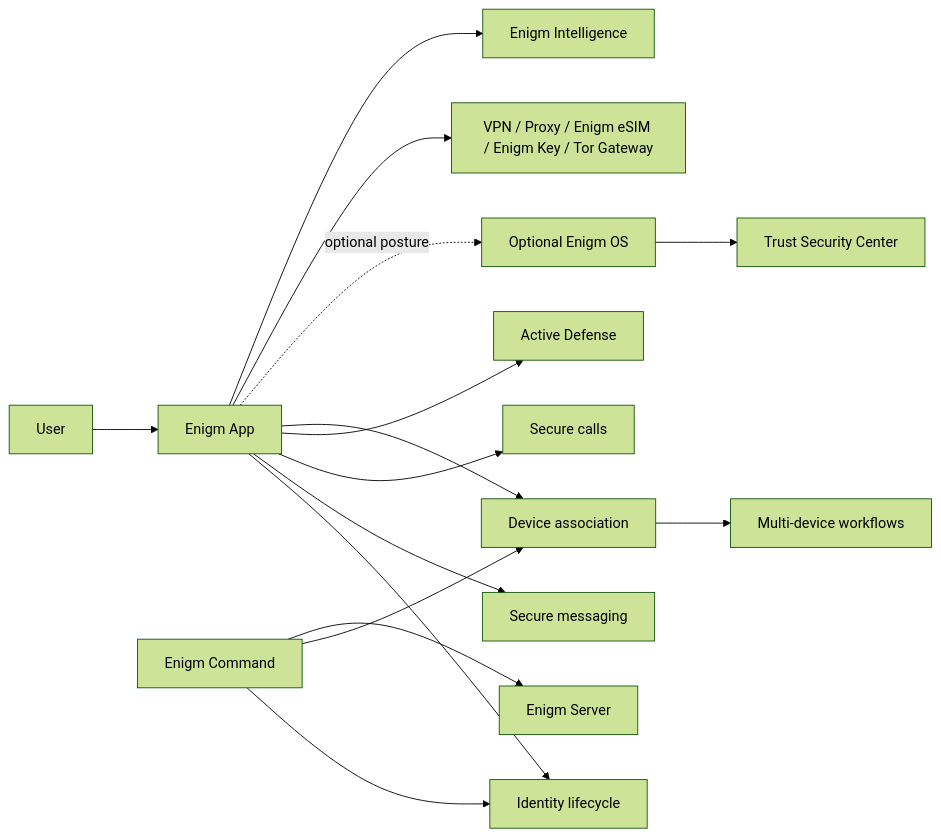
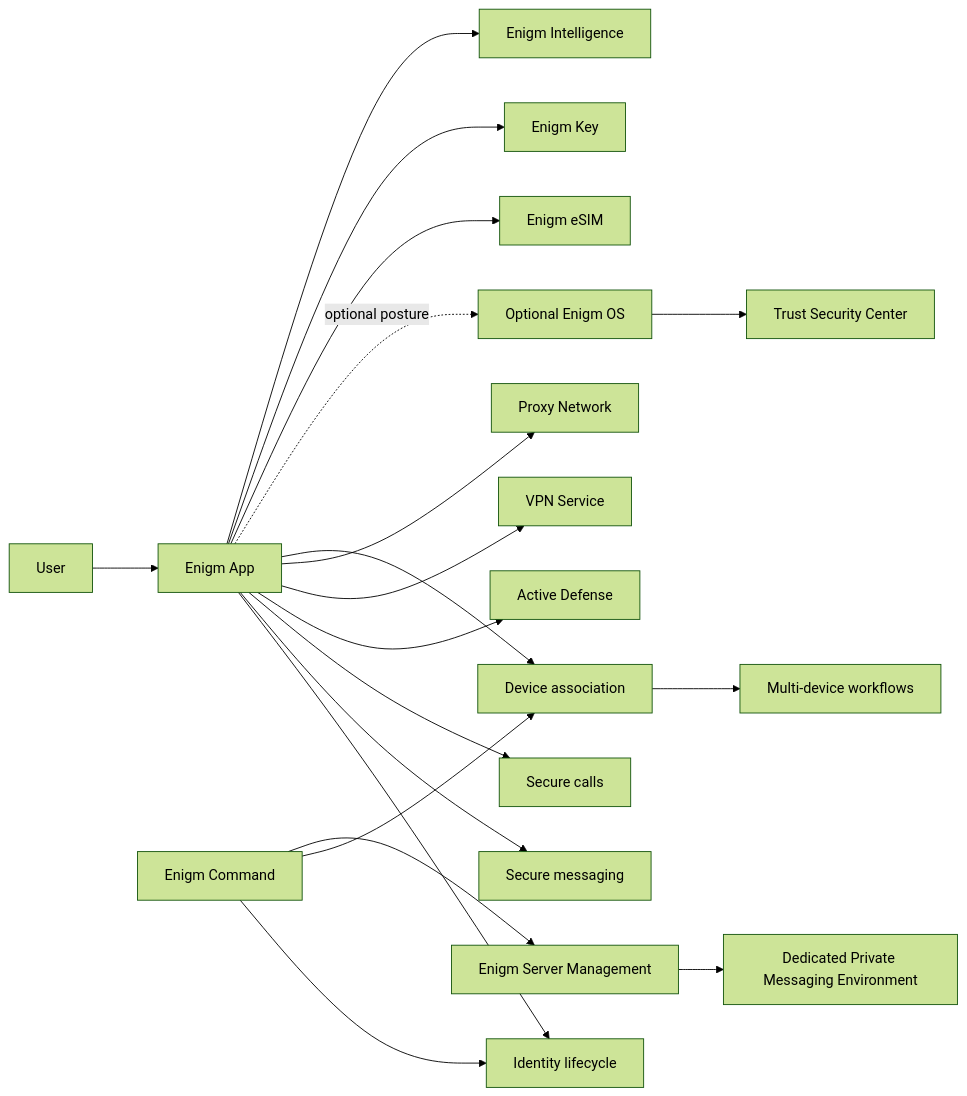
Before and after one commit to enigm-llc/docs: the diagram in app/overview.mdx, drawn with Mermaid (forest theme). The commit also changed other lines of this file and 53 other files, not shown here.

````diff
--- a/app/overview.mdx
+++ b/app/overview.mdx
@@ -155,17 +178,21 @@
 ```mermaid
 flowchart LR
   User["User"] --> App["Enigm App"]
   App --> Identity["Identity lifecycle"]
   App --> Messaging["Secure messaging"]
   App --> Calls["Secure calls"]
   App --> Defense["Active Defense"]
+  App --> VPN["VPN Service"]
+  App --> Proxy["Proxy Network"]
   App --> Devices["Device association"]
   Devices --> Multi["Multi-device workflows"]
   Control["Enigm Command"] --> Identity
   Control --> Devices
-  Control --> Servers["Enigm Server"]
+  Control --> Servers["Enigm Server Management"]
+  Servers --> Dedicated["Dedicated Private Messaging Environment"]
   App -. optional posture .-> OS["Optional Enigm OS"]
   OS --> TSC["Trust Security Center"]
-  App --> Network["VPN / Proxy / Enigm eSIM / Enigm Key / Tor Gateway"]
+  App --> ESIM["Enigm eSIM"]
+  App --> Key["Enigm Key"]
   App --> Intel["Enigm Intelligence"]
 ```
````
